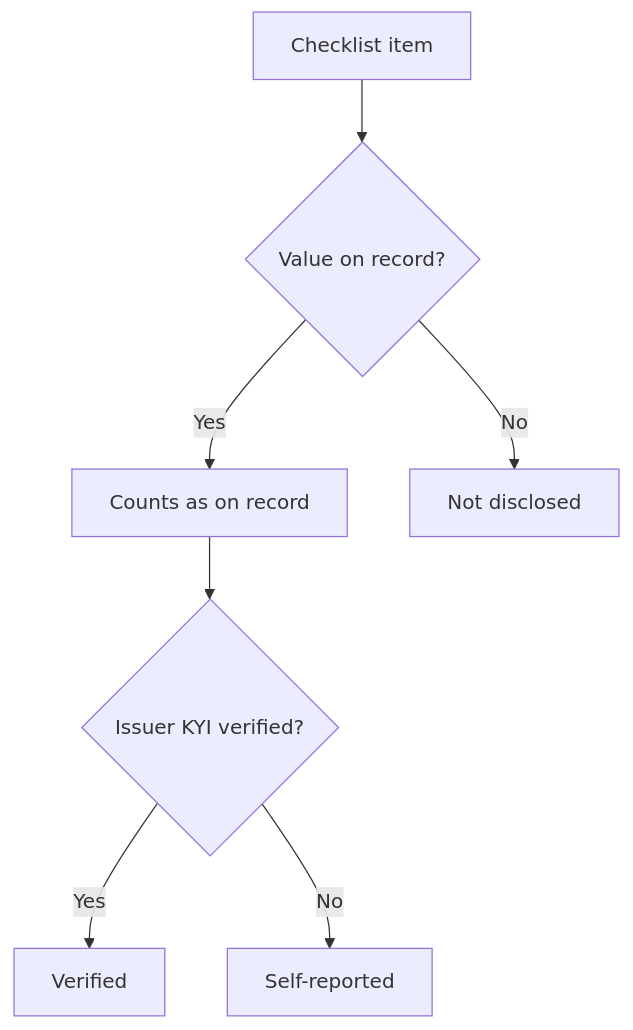
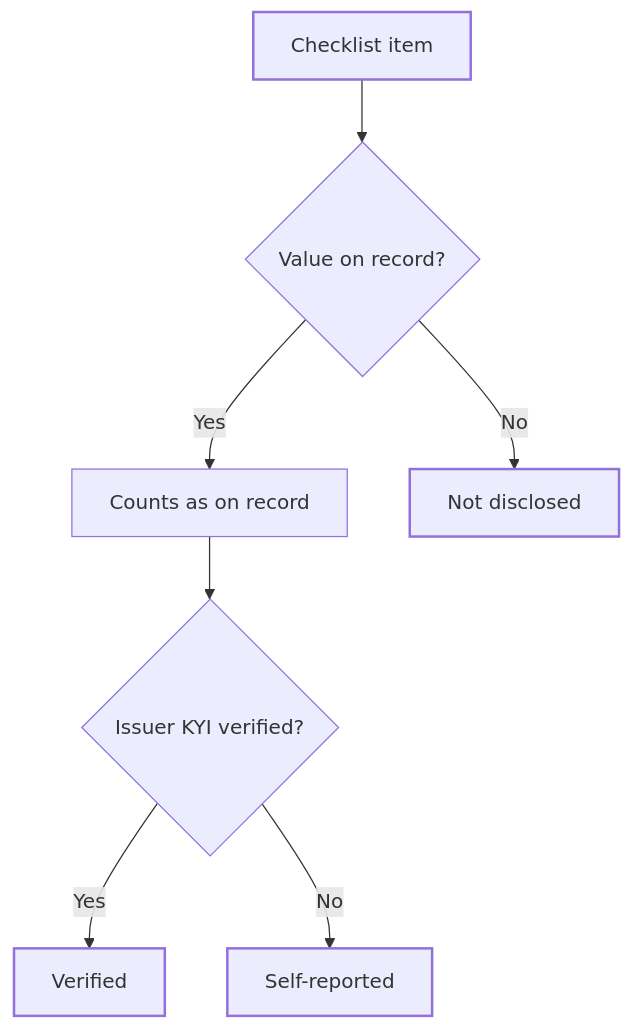
The diagram in explorer/disclosure-checklist.mdx (blupryntco/docs), drawn with Mermaid before and after one commit. The commit also changed 54 other files, not shown here.

Commit message:
Diagrams in site palette with dark mode; Developers overview for SDK + both APIs

````diff
--- a/explorer/disclosure-checklist.mdx
+++ b/explorer/disclosure-checklist.mdx
@@ -22,9 +22,13 @@
 ```mermaid
 flowchart TD
     A[Checklist item] --> B{Value on record?}
     B -->|Yes| C[Counts as on record]
     B -->|No| D[Not disclosed]
     C --> E{Issuer KYI verified?}
     E -->|Yes| F[Verified]
     E -->|No| G[Self-reported]
+classDef start stroke-width:2px
+classDef done stroke-width:2px
+class A start
+class D,F,G done
 ```
````
